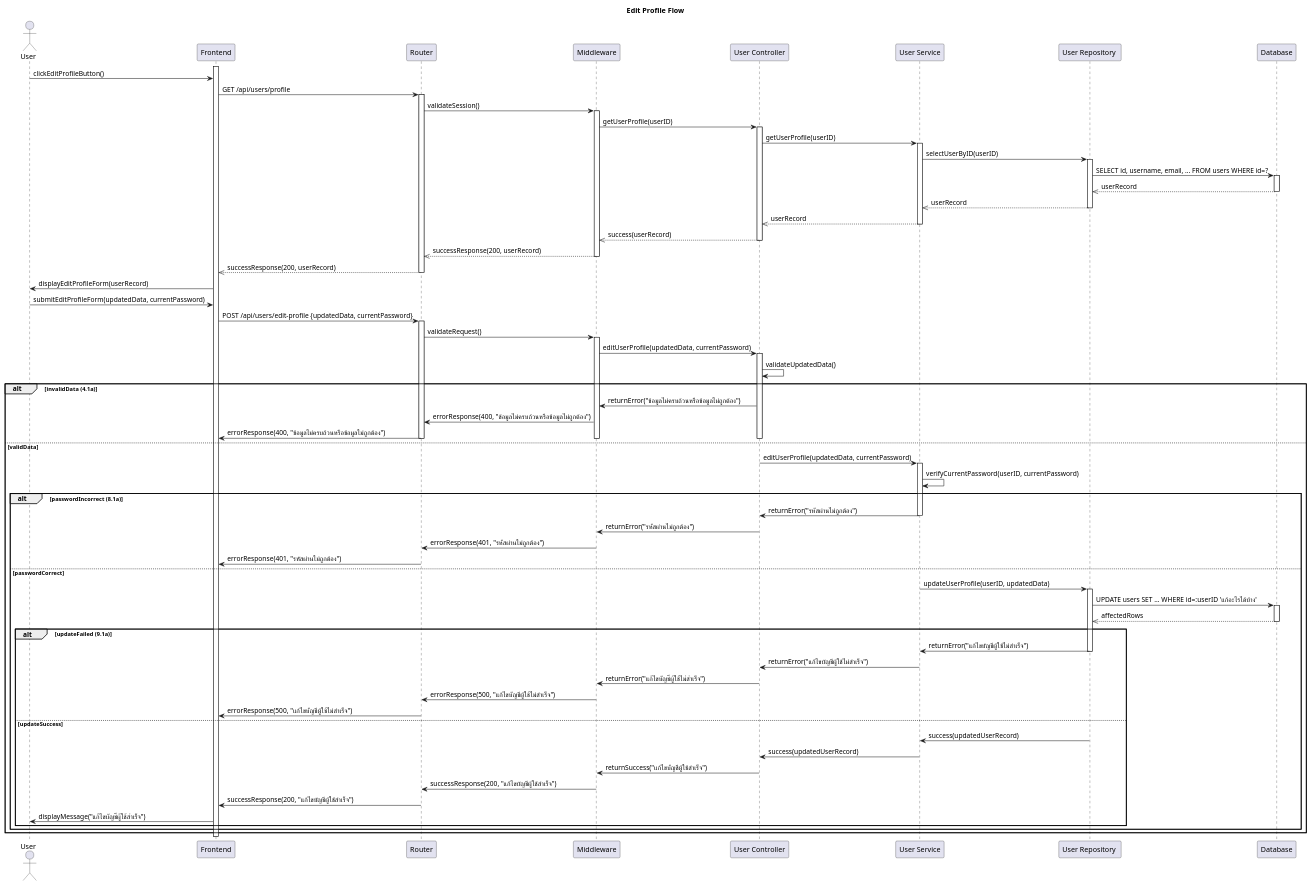
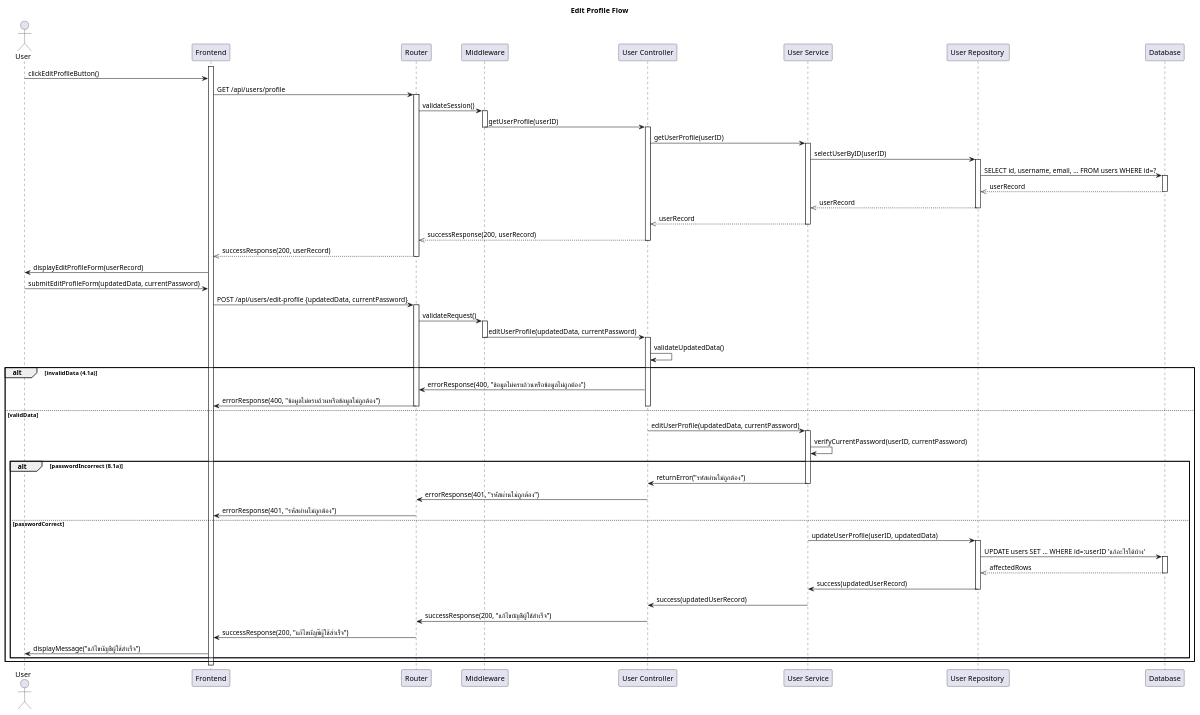
One commit to CS371-Project-Management/CS371-Sequence-Diagram changed the diagram in SD-Edit-Profile.puml. Above: the diagram before and after it, drawn with PlantUML. The commit also changed 4 other files, not shown here.

```diff
--- a/SD-Edit-Profile.puml
+++ b/SD-Edit-Profile.puml
@@ -1,106 +1,90 @@
 @startuml
 title Edit Profile Flow
 
 actor User
 participant "Frontend" as FE
 participant Router
 participant "Middleware" as MW
 participant "User Controller" as Controller
 participant "User Service" as Service
 participant "User Repository " as Repository
 participant "Database" as DB
 
 'Retrieve User Profile'
 activate FE
 User -> FE: clickEditProfileButton()
 FE -> Router: GET /api/users/profile
 activate Router
 Router -> MW: validateSession()
 activate MW
 MW -> Controller: getUserProfile(userID)
+deactivate MW
 activate Controller
 Controller -> Service: getUserProfile(userID)
+
 activate Service
 Service -> Repository: selectUserByID(userID)
 activate Repository
 Repository -> DB: SELECT id, username, email, ... FROM users WHERE id=?
 activate DB
 DB -->> Repository: userRecord
 deactivate DB
 Repository -->> Service: userRecord
 deactivate Repository
 Service -->> Controller: userRecord
 deactivate Service
-Controller -->> MW: success(userRecord)
+Controller -->> Router: successResponse(200, userRecord)
 deactivate Controller
-MW -->> Router: successResponse(200, userRecord)
-deactivate MW
 Router -->> FE: successResponse(200, userRecord)
 deactivate Router
 FE -> User: displayEditProfileForm(userRecord)
 
 'Submit Edited Profile'
 User -> FE: submitEditProfileForm(updatedData, currentPassword)
 FE -> Router: POST /api/users/edit-profile {updatedData, currentPassword}
 activate Router
 Router -> MW: validateRequest()
 activate MW
 MW -> Controller: editUserProfile(updatedData, currentPassword)
+deactivate MW
 activate Controller
 Controller -> Controller: validateUpdatedData()
 alt invalidData (4.1a)
-    Controller -> MW: returnError("ข้อมูลไม่ครบถ้วนหรือข้อมูลไม่ถูกต้อง")
-    MW -> Router: errorResponse(400, "ข้อมูลไม่ครบถ้วนหรือข้อมูลไม่ถูกต้อง")
+    Controller -> Router: errorResponse(400, "ข้อมูลไม่ครบถ้วนหรือข้อมูลไม่ถูกต้อง")
     Router -> FE: errorResponse(400, "ข้อมูลไม่ครบถ้วนหรือข้อมูลไม่ถูกต้อง")
     deactivate Controller
-    deactivate MW
     deactivate Router
 else validData
     Controller -> Service: editUserProfile(updatedData, currentPassword)
     activate Service
     Service -> Service: verifyCurrentPassword(userID, currentPassword)
     alt passwordIncorrect (8.1a)
         Service -> Controller: returnError("รหัสผ่านไม่ถูกต้อง")
         deactivate Service
-        Controller -> MW: returnError("รหัสผ่านไม่ถูกต้อง")
-        MW -> Router: errorResponse(401, "รหัสผ่านไม่ถูกต้อง")
+        Controller -> Router: errorResponse(401, "รหัสผ่านไม่ถูกต้อง")
         Router -> FE: errorResponse(401, "รหัสผ่านไม่ถูกต้อง")
         deactivate Controller
         deactivate MW
         deactivate Router
     else passwordCorrect
         Service -> Repository: updateUserProfile(userID, updatedData)
         activate Repository
         Repository -> DB: UPDATE users SET ... WHERE id=:userID 'แก้อะไรได้บ้าง'
         activate DB
         DB -->> Repository: affectedRows
         deactivate DB
-        alt updateFailed (9.1a)
-            Repository -> Service: returnError("แก้ไขบัญชีผู้ใช้ไม่สำเร็จ")
-            deactivate Repository
-            Service -> Controller: returnError("แก้ไขบัญชีผู้ใช้ไม่สำเร็จ")
-            deactivate Service
-            Controller -> MW: returnError("แก้ไขบัญชีผู้ใช้ไม่สำเร็จ")
-            MW -> Router: errorResponse(500, "แก้ไขบัญชีผู้ใช้ไม่สำเร็จ")
-            Router -> FE: errorResponse(500, "แก้ไขบัญชีผู้ใช้ไม่สำเร็จ")
-            deactivate Controller
-            deactivate MW
-            deactivate Router
-        else updateSuccess
             Repository -> Service: success(updatedUserRecord)
             deactivate Repository
             Service -> Controller: success(updatedUserRecord)
             deactivate Service
-            Controller -> MW: returnSuccess("แก้ไขบัญชีผู้ใช้สำเร็จ")
-            MW -> Router: successResponse(200, "แก้ไขบัญชีผู้ใช้สำเร็จ")
+            Controller -> Router: successResponse(200, "แก้ไขบัญชีผู้ใช้สำเร็จ")
             Router -> FE: successResponse(200, "แก้ไขบัญชีผู้ใช้สำเร็จ")
             deactivate Controller
             deactivate MW
             deactivate Router
             FE -> User: displayMessage("แก้ไขบัญชีผู้ใช้สำเร็จ")
-        end
     end
 end
 deactivate FE
 
 @enduml
```
